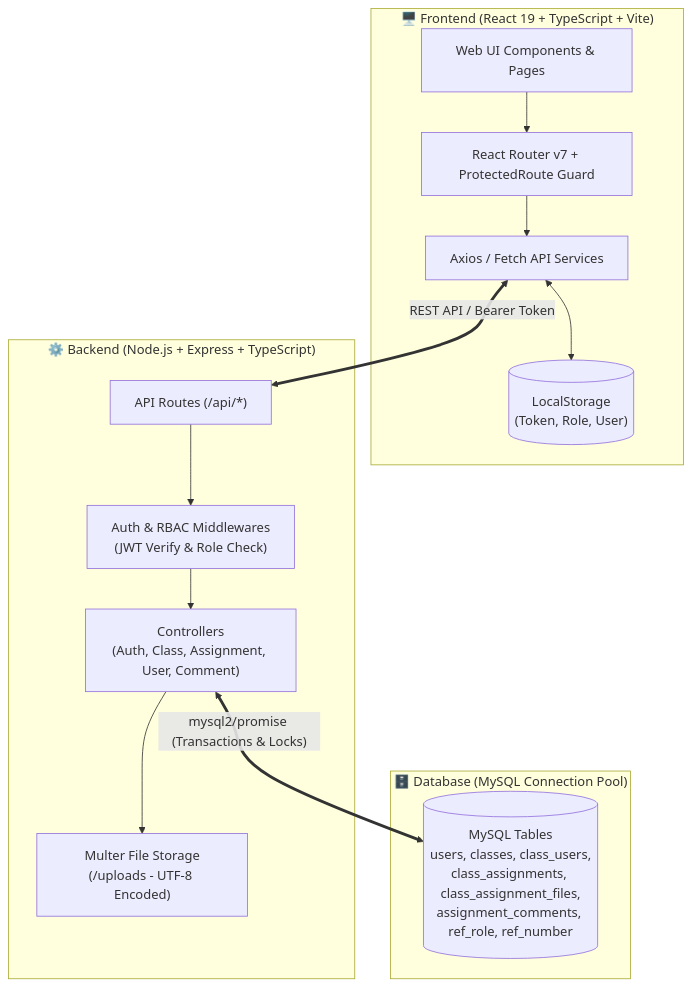
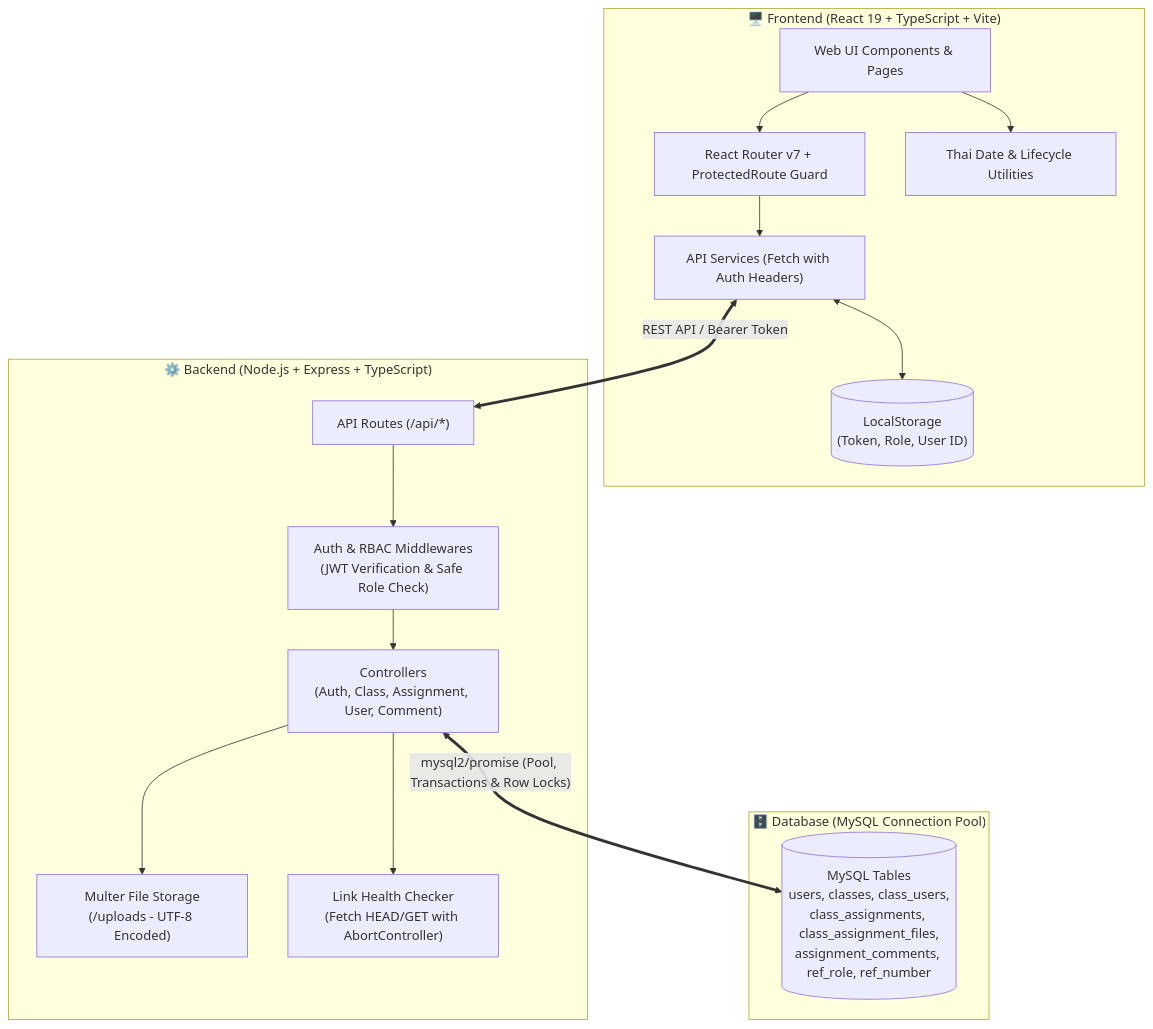
The diagram in README.md (Teeraphat120945/PJ-Hub), drawn with Mermaid before and after one commit. The commit also changed other lines of this file and 18 other files, not shown here.

````diff
--- a/README.md
+++ b/README.md
@@ -92,31 +120,35 @@
 ```mermaid
 flowchart TD
     subgraph Client ["🖥️ Frontend (React 19 + TypeScript + Vite)"]
         UI["Web UI Components & Pages"]
         Router["React Router v7 + ProtectedRoute Guard"]
-        Service["Axios / Fetch API Services"]
-        Storage[("LocalStorage\n(Token, Role, User)")]
+        Service["API Services (Fetch with Auth Headers)"]
+        DateUtils["Thai Date & Lifecycle Utilities"]
+        Storage[("LocalStorage\n(Token, Role, User ID)")]
         
         UI --> Router
         Router --> Service
         Service <--> Storage
+        UI --> DateUtils
     end
 
     subgraph Server ["⚙️ Backend (Node.js + Express + TypeScript)"]
         APIRouter["API Routes (/api/*)"]
-        AuthMiddleware["Auth & RBAC Middlewares\n(JWT Verify & Role Check)"]
+        AuthMiddleware["Auth & RBAC Middlewares\n(JWT Verification & Safe Role Check)"]
         Controllers["Controllers\n(Auth, Class, Assignment, User, Comment)"]
         MulterStorage["Multer File Storage\n(/uploads - UTF-8 Encoded)"]
+        LinkChecker["Link Health Checker\n(Fetch HEAD/GET with AbortController)"]
         
         APIRouter --> AuthMiddleware
         AuthMiddleware --> Controllers
         Controllers --> MulterStorage
+        Controllers --> LinkChecker
     end
 
     subgraph Database ["🗄️ Database (MySQL Connection Pool)"]
         Tables[("MySQL Tables\nusers, classes, class_users,\nclass_assignments, class_assignment_files,\nassignment_comments, ref_role, ref_number")]
     end
 
     Service <== "REST API / Bearer Token" ==> APIRouter
-    Controllers <== "mysql2/promise (Transactions & Locks)" ==> Tables
+    Controllers <== "mysql2/promise (Pool, Transactions & Row Locks)" ==> Tables
 ```
````
